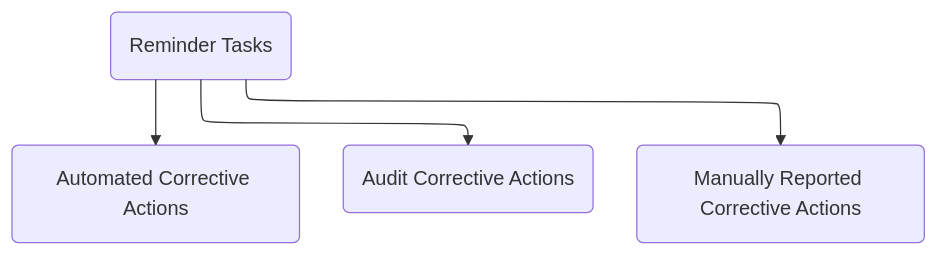
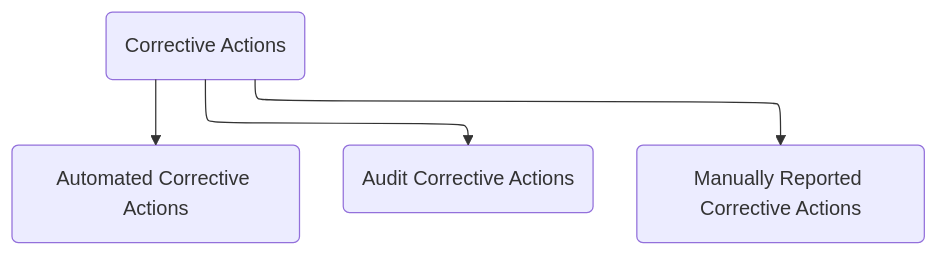
Before and after one commit to opus-safety/opus-knowledge-base: the second of 3 diagrams in docs/drafts/types-of-task.md, drawn with Mermaid.

Commit message:
Update types of task
Published via More Buttons Chrome Extension

````diff
--- a/docs/drafts/types-of-task.md
+++ b/docs/drafts/types-of-task.md
@@ -114,13 +114,13 @@
     ```mermaid
     ---
     config:
       layout: elk
     ---
     flowchart TB
-        A["Reminder Tasks"] --> n1["Automated Corrective Actions"] & n2["Audit Corrective Actions"] & n3["Manually Reported Corrective Actions"]
+        A["Corrective Actions"] --> n1["Automated Corrective Actions"] & n2["Audit Corrective Actions"] & n3["Manually Reported Corrective Actions"]
 
         A@{ shape: rounded}
         n1@{ shape: rounded}
         n2@{ shape: rounded}
         n3@{ shape: rounded}
     ```
````
